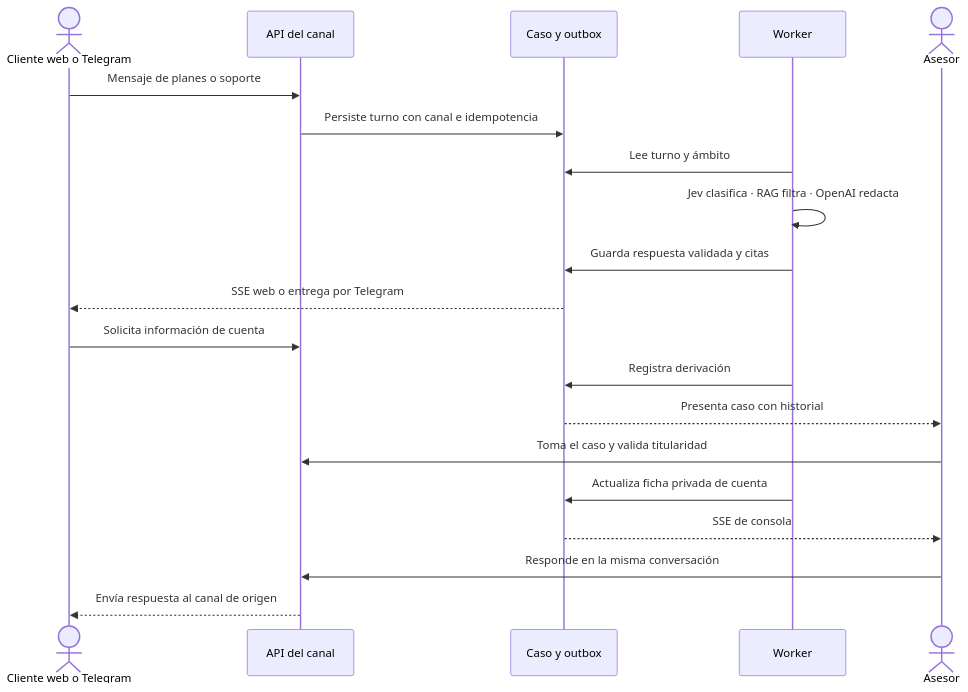
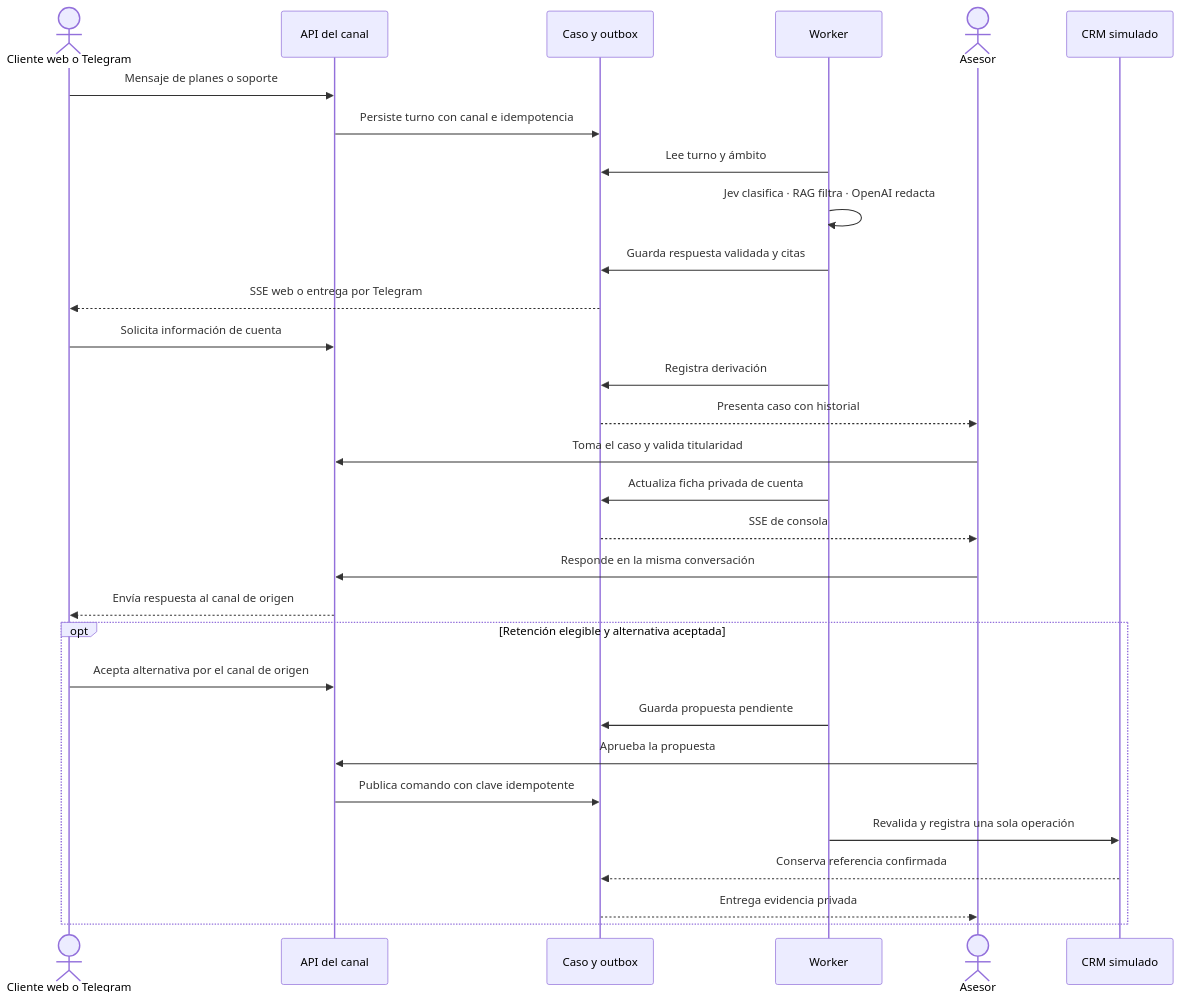
The second of 2 diagrams in docs/02-arquitectura-docker.md (williamvp10/claro-copilot), drawn with Mermaid before and after one commit. The commit also changed other lines of this file, not shown here.

Commit message:
Document same-thread escalation and idempotent approval

````diff
--- a/docs/02-arquitectura-docker.md
+++ b/docs/02-arquitectura-docker.md
@@ -42,22 +41,32 @@
 ```mermaid
 sequenceDiagram
   actor Client as Cliente web o Telegram
   participant API as API del canal
   participant DB as Caso y outbox
   participant Agent as Worker
   actor Advisor as Asesor
+  participant CRM as CRM simulado
   Client->>API: Mensaje de planes o soporte
   API->>DB: Persiste turno con canal e idempotencia
   Agent->>DB: Lee turno y ámbito
   Agent->>Agent: Jev clasifica · RAG filtra · OpenAI redacta
   Agent->>DB: Guarda respuesta validada y citas
   DB-->>Client: SSE web o entrega por Telegram
   Client->>API: Solicita información de cuenta
   Agent->>DB: Registra derivación
   DB-->>Advisor: Presenta caso con historial
   Advisor->>API: Toma el caso y valida titularidad
   Agent->>DB: Actualiza ficha privada de cuenta
   DB-->>Advisor: SSE de consola
   Advisor->>API: Responde en la misma conversación
   API-->>Client: Envía respuesta al canal de origen
+  opt Retención elegible y alternativa aceptada
+    Client->>API: Acepta alternativa por el canal de origen
+    Agent->>DB: Guarda propuesta pendiente
+    Advisor->>API: Aprueba la propuesta
+    API->>DB: Publica comando con clave idempotente
+    Agent->>CRM: Revalida y registra una sola operación
+    CRM-->>DB: Conserva referencia confirmada
+    DB-->>Advisor: Entrega evidencia privada
+  end
 ```
````
